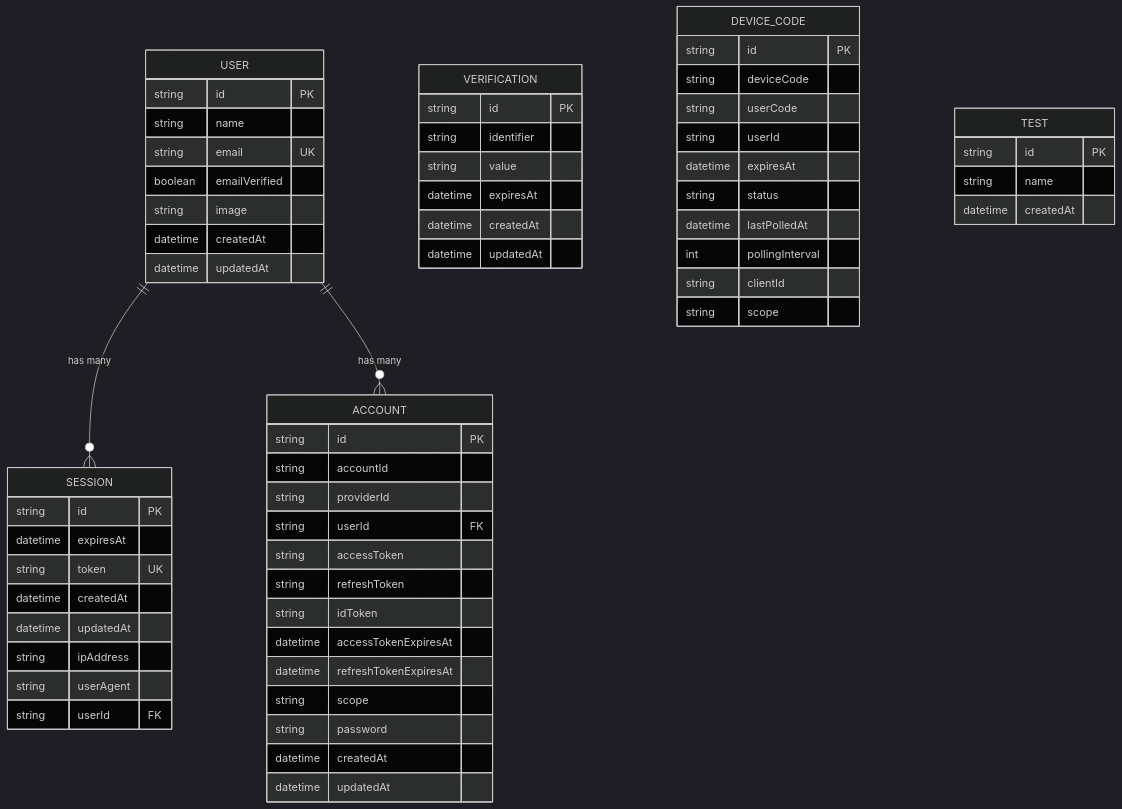
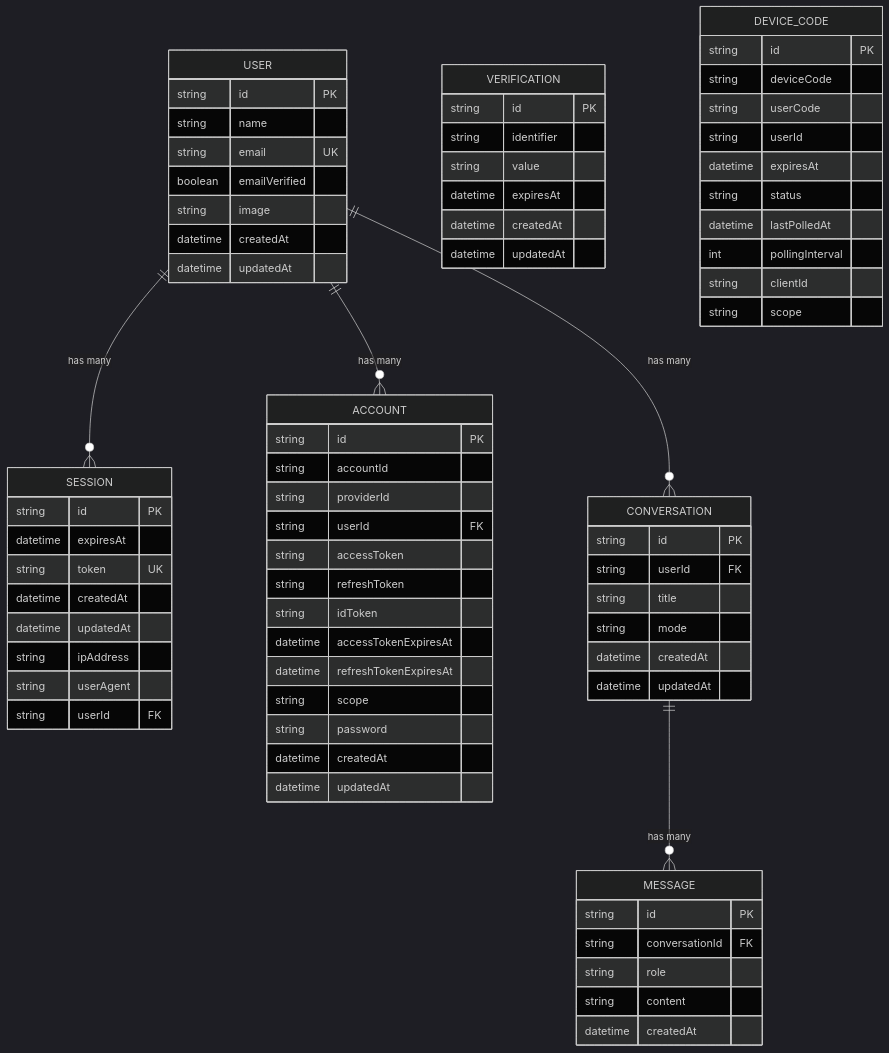
Before and after one commit to piyushkumariiitj/lumina-cli: the fifth of 5 diagrams in readme.md, drawn with Mermaid (dark theme). The commit also changed other lines of this file, not shown here.

Commit message:
docs: update README.md with Gemini 3.7 Flash engine, ChatService persistence architecture, and 5 comprehensive Mermaid diagrams

````diff
--- a/readme.md
+++ b/readme.md
@@ -299,6 +369,8 @@
 erDiagram
     USER ||--o{ SESSION : "has many"
     USER ||--o{ ACCOUNT : "has many"
+    USER ||--o{ CONVERSATION : "has many"
+    CONVERSATION ||--o{ MESSAGE : "has many"
 
     USER {
         string id PK
@@ -359,9 +431,20 @@
         string scope
     }
 
-    TEST {
+    CONVERSATION {
         string id PK
-        string name
+        string userId FK
+        string title
+        string mode
+        datetime createdAt
+        datetime updatedAt
+    }
+
+    MESSAGE {
+        string id PK
+        string conversationId FK
+        string role
+        string content
         datetime createdAt
     }
 ```
````
